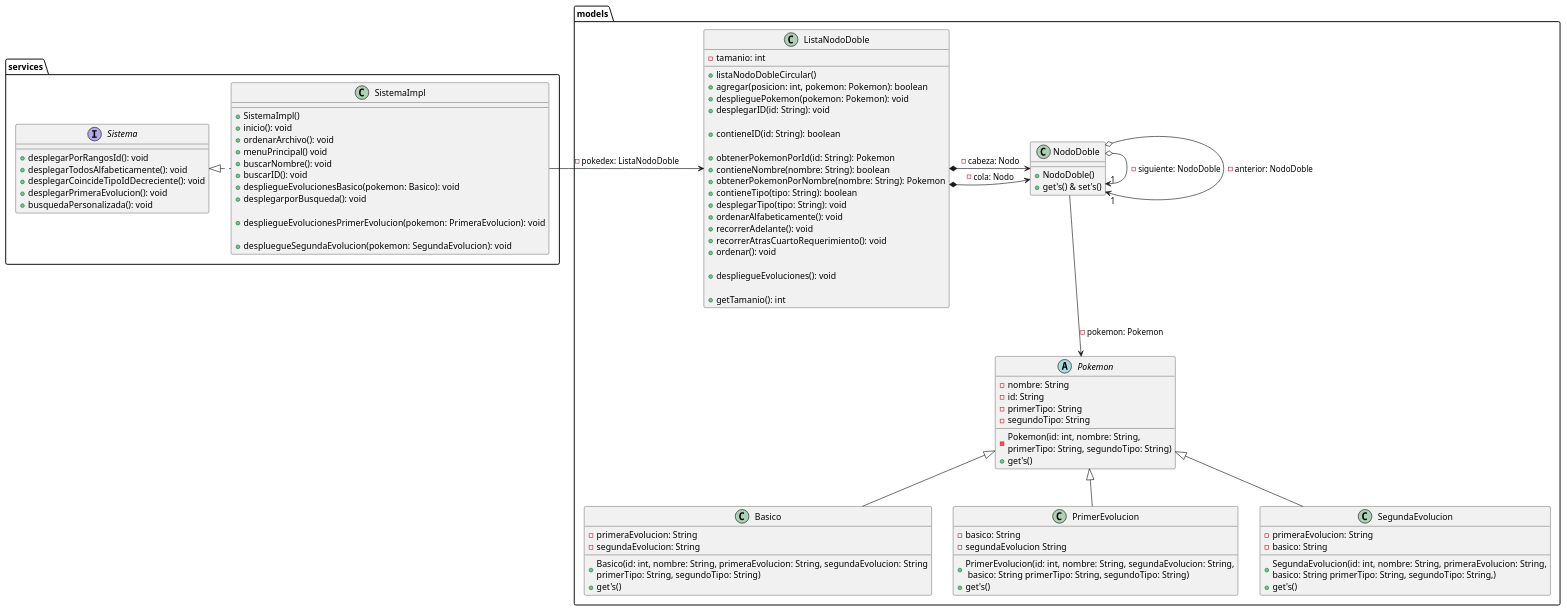
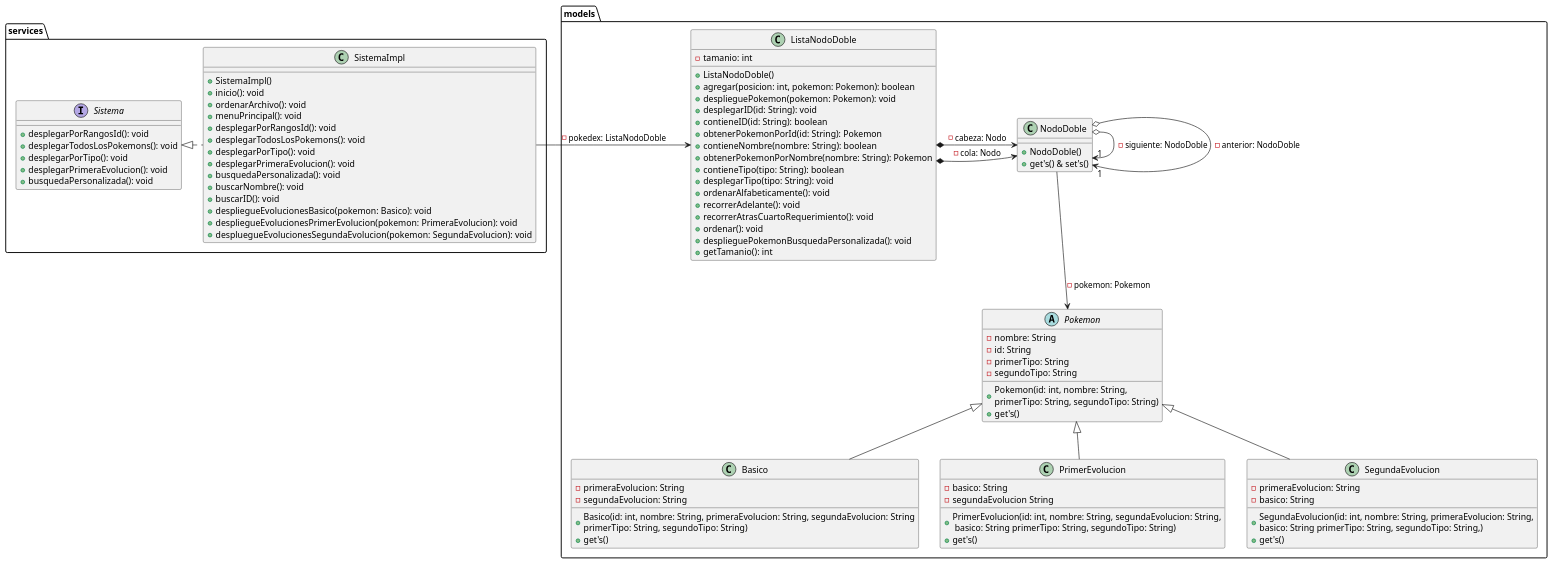
Before and after one commit to AlbertoLyons/Taller-4: the diagram in Clases.puml, drawn with PlantUML. The commit also changed 3 other files, not shown here.

```diff
--- a/Clases.puml
+++ b/Clases.puml
@@ -1,95 +1,93 @@
 @startuml
 package models {
     abstract class Pokemon {
      - nombre: String
      - id: String
      - primerTipo: String
      - segundoTipo: String
-     - Pokemon(id: int, nombre: String, \nprimerTipo: String, segundoTipo: String)
+     + Pokemon(id: int, nombre: String, \nprimerTipo: String, segundoTipo: String)
      + get's()
     }
     class Basico {
      - primeraEvolucion: String
      - segundaEvolucion: String
      + Basico(id: int, nombre: String, primeraEvolucion: String, segundaEvolucion: String\nprimerTipo: String, segundoTipo: String)
      + get's()
     }
     class PrimerEvolucion {
      - basico: String
      - segundaEvolucion String
      + PrimerEvolucion(id: int, nombre: String, segundaEvolucion: String,\n basico: String primerTipo: String, segundoTipo: String)
      + get's()
     }
     class SegundaEvolucion {
      - primeraEvolucion: String
      - basico: String
      + SegundaEvolucion(id: int, nombre: String, primeraEvolucion: String,\nbasico: String primerTipo: String, segundoTipo: String,)
      + get's()
     }
     class NodoDoble {
      + NodoDoble()
      + get's() & set's()
     }
     class ListaNodoDoble {
      - tamanio: int
-     + listaNodoDobleCircular()
+     + ListaNodoDoble()
      + agregar(posicion: int, pokemon: Pokemon): boolean
      + desplieguePokemon(pokemon: Pokemon): void
      + desplegarID(id: String): void
-
      + contieneID(id: String): boolean
-
      + obtenerPokemonPorId(id: String): Pokemon
      + contieneNombre(nombre: String): boolean
      + obtenerPokemonPorNombre(nombre: String): Pokemon
      + contieneTipo(tipo: String): boolean
      + desplegarTipo(tipo: String): void
      + ordenarAlfabeticamente(): void
      + recorrerAdelante(): void
      + recorrerAtrasCuartoRequerimiento(): void
      + ordenar(): void
-
-     + despliegueEvoluciones(): void
-
+     + desplieguePokemonBusquedaPersonalizada(): void
      + getTamanio(): int
     }
 }
 package services {
     interface Sistema {
      + desplegarPorRangosId(): void
-     + desplegarTodosAlfabeticamente(): void
-     + desplegarCoincideTipoIdDecreciente(): void
+     + desplegarTodosLosPokemons(): void
+     + desplegarPorTipo(): void
      + desplegarPrimeraEvolucion(): void
      + busquedaPersonalizada(): void
     }
     class SistemaImpl {
      + SistemaImpl()
      + inicio(): void
      + ordenarArchivo(): void
-     + menuPrincipal() void
+     + menuPrincipal(): void
+     + desplegarPorRangosId(): void
+     + desplegarTodosLosPokemons(): void
+     + desplegarPorTipo(): void
+     + desplegarPrimeraEvolucion(): void
+     + busquedaPersonalizada(): void
      + buscarNombre(): void
      + buscarID(): void
      + despliegueEvolucionesBasico(pokemon: Basico): void
-     + desplegarporBusqueda(): void
-
      + despliegueEvolucionesPrimerEvolucion(pokemon: PrimeraEvolucion): void
-
-     + despluegueSegundaEvolucion(pokemon: SegundaEvolucion): void
+     + despluegueEvolucionesSegundaEvolucion(pokemon: SegundaEvolucion): void
 
     }
 }
 
 SistemaImpl .left|> Sistema
 SistemaImpl -right> ListaNodoDoble: - pokedex: ListaNodoDoble
 ListaNodoDoble *-right-> NodoDoble : - cabeza: Nodo
 ListaNodoDoble *-right-> NodoDoble : - cola: Nodo
 NodoDoble o-> "1"NodoDoble : - siguiente: NodoDoble
 NodoDoble o-> "1"NodoDoble : - anterior: NodoDoble
 Basico -up-|> Pokemon
 PrimerEvolucion -up-|> Pokemon
 SegundaEvolucion -up-|> Pokemon
 
 
 NodoDoble -down-> Pokemon : - pokemon: Pokemon
 
 @enduml
```
